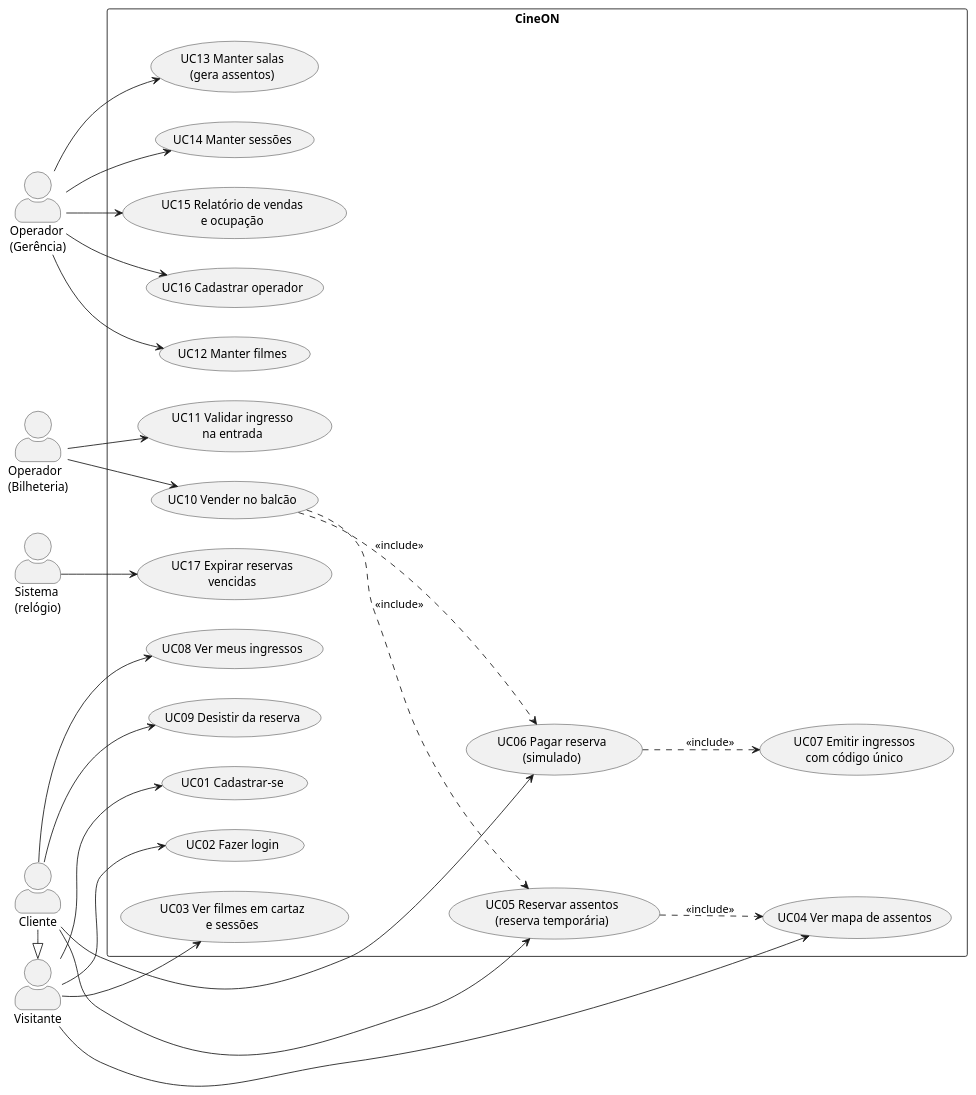
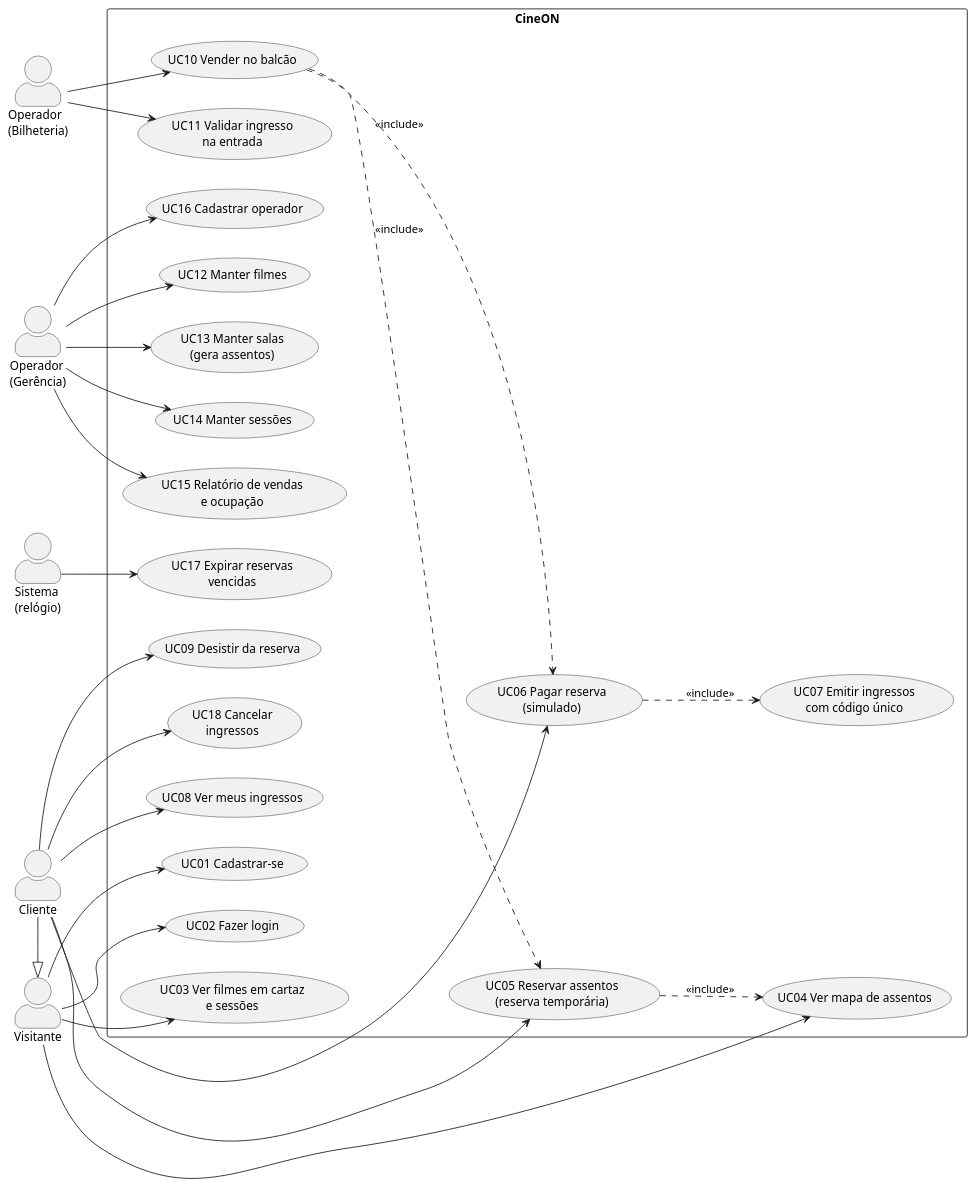
Before and after one commit to lucassmagro/CineON: the diagram in docs/casos-de-uso.puml, drawn with PlantUML. The commit also changed 7 other files, not shown here.

```diff
--- a/docs/casos-de-uso.puml
+++ b/docs/casos-de-uso.puml
@@ -1,59 +1,61 @@
 @startuml CineON - Casos de Uso
 ' dá pra gerar a imagem com a extensão PlantUML do VS Code
 left to right direction
 skinparam packageStyle rectangle
 skinparam actorStyle awesome
 
 actor "Visitante" as Visitante
 actor "Cliente" as Cliente
 actor "Operador\n(Bilheteria)" as Bilheteria
 actor "Operador\n(Gerência)" as Gerencia
 actor "Sistema\n(relógio)" as Sistema
 
 Cliente -|> Visitante
 
 rectangle "CineON" {
   usecase "UC01 Cadastrar-se" as UC01
   usecase "UC02 Fazer login" as UC02
   usecase "UC03 Ver filmes em cartaz\ne sessões" as UC03
   usecase "UC04 Ver mapa de assentos" as UC04
   usecase "UC05 Reservar assentos\n(reserva temporária)" as UC05
   usecase "UC06 Pagar reserva\n(simulado)" as UC06
   usecase "UC07 Emitir ingressos\ncom código único" as UC07
   usecase "UC08 Ver meus ingressos" as UC08
   usecase "UC09 Desistir da reserva" as UC09
   usecase "UC10 Vender no balcão" as UC10
   usecase "UC11 Validar ingresso\nna entrada" as UC11
   usecase "UC12 Manter filmes" as UC12
   usecase "UC13 Manter salas\n(gera assentos)" as UC13
   usecase "UC14 Manter sessões" as UC14
   usecase "UC15 Relatório de vendas\ne ocupação" as UC15
   usecase "UC16 Cadastrar operador" as UC16
   usecase "UC17 Expirar reservas\nvencidas" as UC17
+  usecase "UC18 Cancelar\ningressos" as UC18
 }
 
 Visitante --> UC01
 Visitante --> UC02
 Visitante --> UC03
 Visitante --> UC04
 
 Cliente --> UC05
 Cliente --> UC06
 Cliente --> UC08
 Cliente --> UC09
 UC06 ..> UC07 : <<include>>
 UC05 ..> UC04 : <<include>>
 
 Bilheteria --> UC10
 Bilheteria --> UC11
 UC10 ..> UC05 : <<include>>
 UC10 ..> UC06 : <<include>>
 
 Gerencia --> UC12
 Gerencia --> UC13
 Gerencia --> UC14
 Gerencia --> UC15
 Gerencia --> UC16
 
 Sistema --> UC17
+Cliente --> UC18
 @enduml
```
